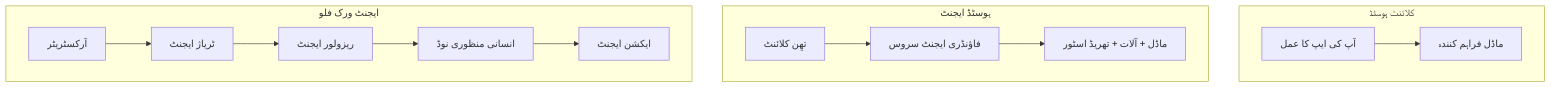
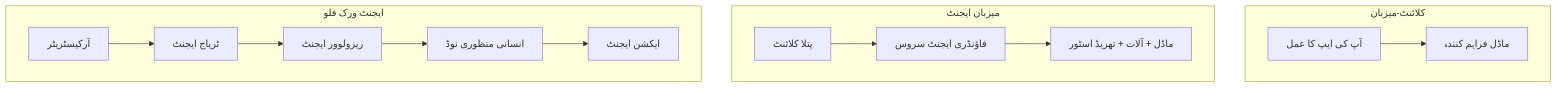
The first of 4 diagrams in mirrors/repos/microsoft@ai-agents-for-beginners/translations/ur/16-deploying-scalable-agents/README.md (gabrielmoreira/agent-skills-mirror), drawn with Mermaid before and after one commit. The commit also changed other lines of this file and 3581 other files, not shown here.

````diff
--- a/mirrors/repos/microsoft@ai-agents-for-beginners/translations/ur/16-deploying-scalable-agents/README.md
+++ b/mirrors/repos/microsoft@ai-agents-for-beginners/translations/ur/16-deploying-scalable-agents/README.md
@@ -87,16 +87,16 @@
 ```mermaid
 flowchart TB
-    subgraph P1[کلائنٹ ہوسٹڈ]
+    subgraph P1[کلائنٹ-میزبان]
         A1[آپ کی ایپ کا عمل] --> M1[ماڈل فراہم کنندہ]
     end
-    subgraph P2[ہوسٹڈ ایجنٹ]
-        A2[تھِن کلائنٹ] --> F2[فاؤنڈری ایجنٹ سروس]
+    subgraph P2[میزبان ایجنٹ]
+        A2[پتلا کلائنٹ] --> F2[فاؤنڈری ایجنٹ سروس]
         F2 --> M2[ماڈل + آلات + تھریڈ اسٹور]
     end
     subgraph P3[ایجنٹ ورک فلو]
-        A3[آرکسٹریٹر] --> S1[ٹریاژ ایجنٹ]
-        S1 --> S2[ریزولور ایجنٹ]
+        A3[آرکیسٹریٹر] --> S1[ٹریاج ایجنٹ]
+        S1 --> S2[ریزولوور ایجنٹ]
         S2 --> H[انسانی منظوری نوڈ]
         H --> S3[ایکشن ایجنٹ]
     end
 ```
````
